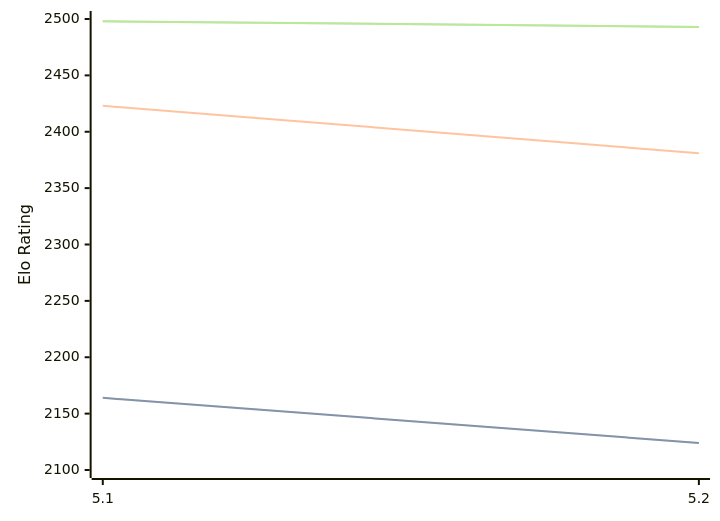
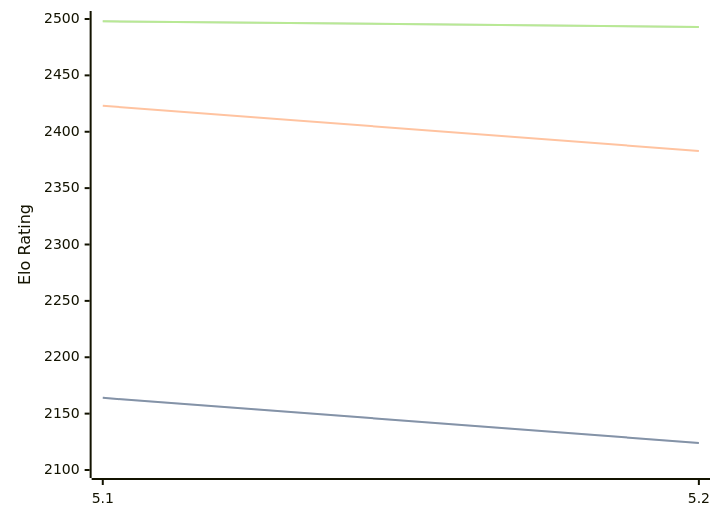
One commit to computer-chess-index/cci changed the diagram in engines/Prophet.md. Above: the diagram before and after it, drawn with Mermaid. The commit also changed other lines of this file, not shown here.

````diff
--- a/engines/Prophet.md
+++ b/engines/Prophet.md
@@ -32,11 +32,11 @@
 ```mermaid
 %%{init: {"theme":"base","themeVariables":{"seriesColors:['#a3a3a3','#222221','#faa371']}}}%%
 xychart-beta
   x-axis ["5.1", "5.2"]
   y-axis "Elo Rating" 2100 --> 2500
   line "" [2164, 2124]
   line "STC (8.0+0.08s)" [2164, 2124]
-  line "LTC (60.0+0.60s)" [2423, 2381]
+  line "LTC (60.0+0.60s)" [2423, 2383]
   line "" [2498, 2493]
   line "VLTC (2m24s+1.12s)" [2498, 2493]
 ```
````
